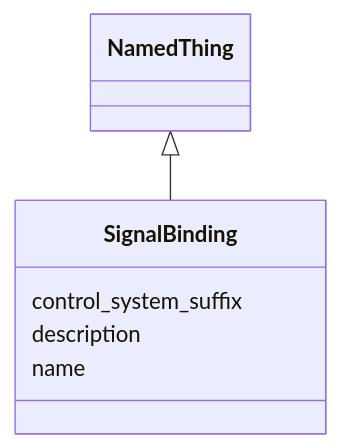
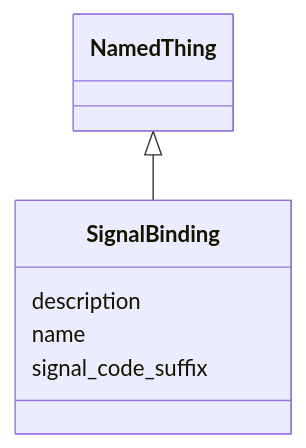
One commit to pals-project/pals-facility-config changed the diagram in docs/elements/SignalBinding.md. Above: the diagram before and after it, drawn with Mermaid. The commit also changed other lines of this file and 133 other files, not shown here.

Commit message:
Updated documentation, project files, pydantic defintion, and the schema to correctly represent the relationships in the NARAD schema/ontology

````diff
--- a/docs/elements/SignalBinding.md
+++ b/docs/elements/SignalBinding.md
@@ -18,15 +18,15 @@
 ```mermaid
  classDiagram
     class SignalBinding
     click SignalBinding href "../SignalBinding/"
       NamedThing <|-- SignalBinding
         click NamedThing href "../NamedThing/"
       
-      SignalBinding : control_system_suffix
-        
       SignalBinding : description
         
       SignalBinding : name
         
+      SignalBinding : signal_code_suffix
+        
       
 ```
````
